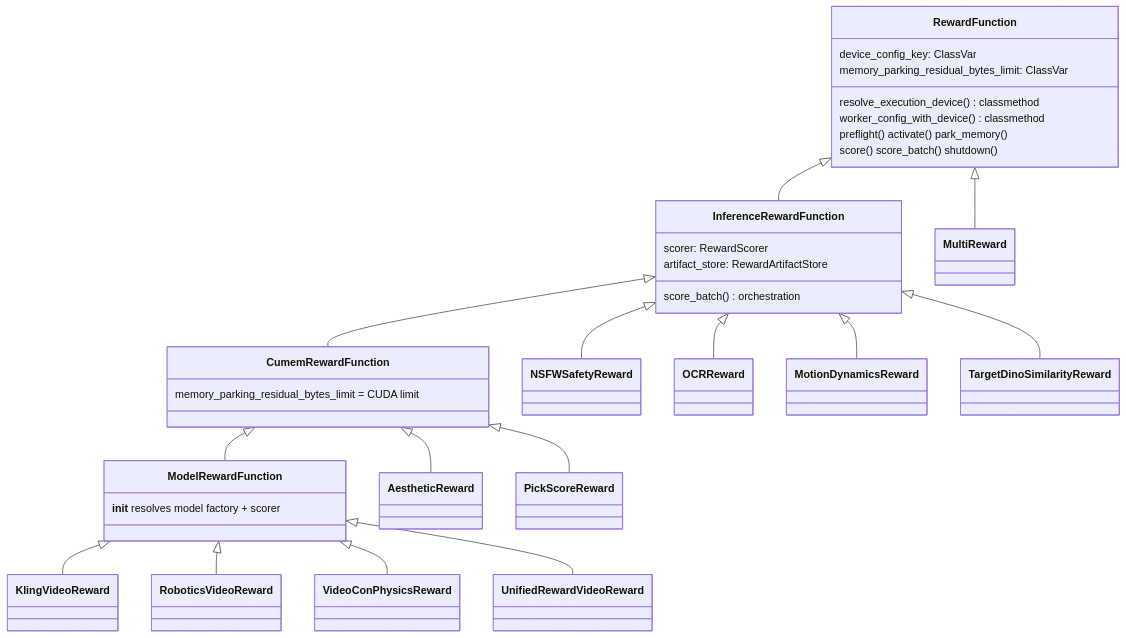
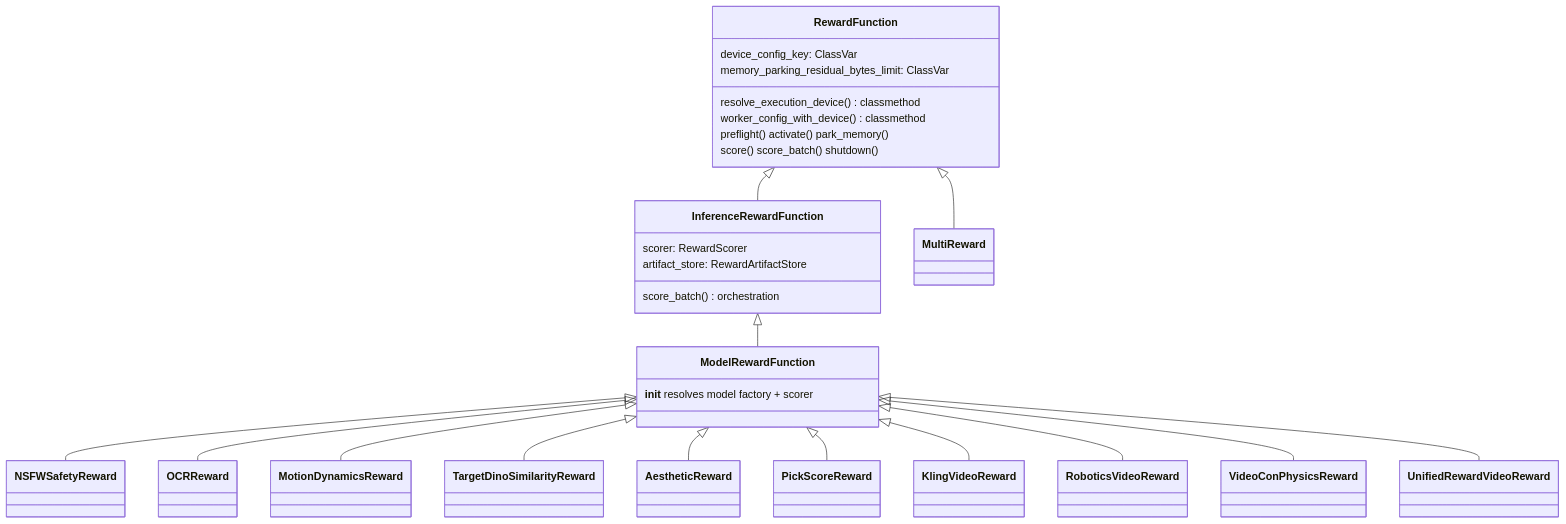
Before and after one commit to guoriyue/VRL: the third of 3 diagrams in docs/ENGINE_ARCHITECTURE.md, drawn with Mermaid. The commit also changed other lines of this file and 4 other files, not shown here.

First line of the commit message:
rewards: delete the empty CumemRewardFunction marker

````diff
--- a/docs/ENGINE_ARCHITECTURE.md
+++ b/docs/ENGINE_ARCHITECTURE.md
@@ -204,36 +204,32 @@
 ```mermaid
 classDiagram
     class RewardFunction {
         device_config_key: ClassVar
         memory_parking_residual_bytes_limit: ClassVar
         resolve_execution_device() classmethod
         worker_config_with_device() classmethod
         preflight() activate() park_memory()
         score() score_batch() shutdown()
     }
     class InferenceRewardFunction {
         scorer: RewardScorer
         artifact_store: RewardArtifactStore
         score_batch() orchestration
     }
-    class CumemRewardFunction {
-        memory_parking_residual_bytes_limit = CUDA limit
-    }
     class ModelRewardFunction {
         __init__ resolves model factory + scorer
     }
     RewardFunction <|-- InferenceRewardFunction
-    InferenceRewardFunction <|-- CumemRewardFunction
-    CumemRewardFunction <|-- ModelRewardFunction
+    InferenceRewardFunction <|-- ModelRewardFunction
     RewardFunction <|-- MultiReward
-    InferenceRewardFunction <|-- NSFWSafetyReward
-    InferenceRewardFunction <|-- OCRReward
-    InferenceRewardFunction <|-- MotionDynamicsReward
-    InferenceRewardFunction <|-- TargetDinoSimilarityReward
-    CumemRewardFunction <|-- AestheticReward
-    CumemRewardFunction <|-- PickScoreReward
+    ModelRewardFunction <|-- NSFWSafetyReward
+    ModelRewardFunction <|-- OCRReward
+    ModelRewardFunction <|-- MotionDynamicsReward
+    ModelRewardFunction <|-- TargetDinoSimilarityReward
+    ModelRewardFunction <|-- AestheticReward
+    ModelRewardFunction <|-- PickScoreReward
     ModelRewardFunction <|-- KlingVideoReward
     ModelRewardFunction <|-- RoboticsVideoReward
     ModelRewardFunction <|-- VideoConPhysicsReward
     ModelRewardFunction <|-- UnifiedRewardVideoReward
 ```
````
